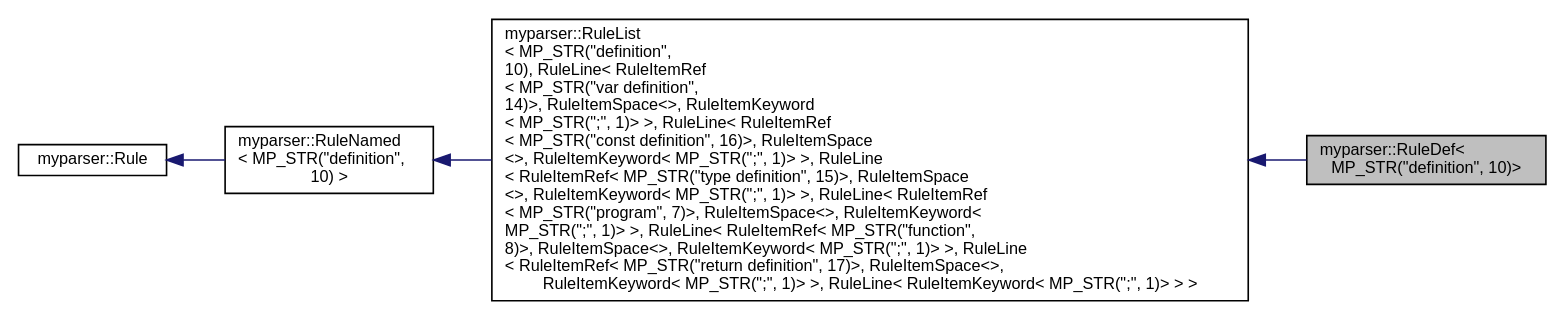
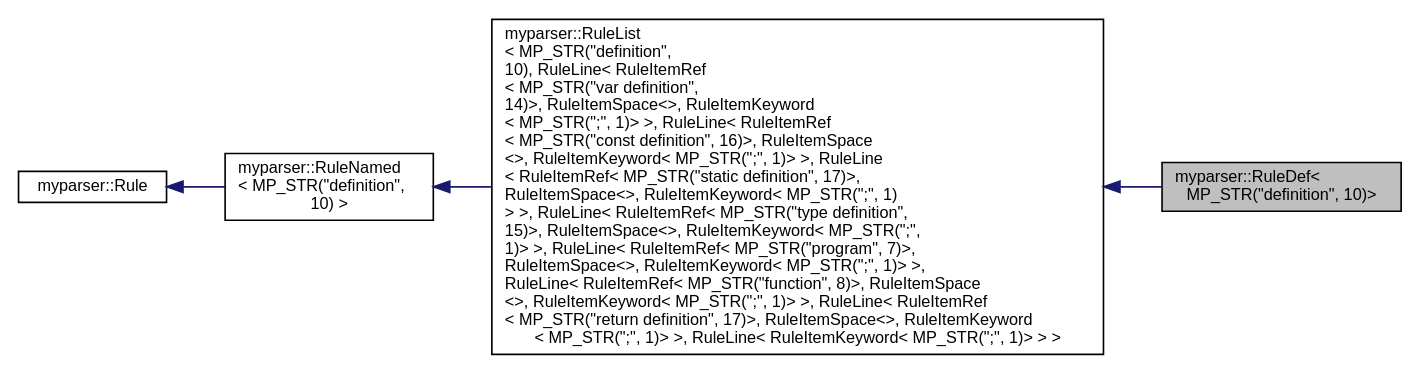
Before and after one commit to gaocegege/CompilerLab: the diagram in classmyparser_1_1RuleDef_3_01MP__STR_07"definition"_00_0110_08_4__coll__graph.dot, drawn with Graphviz. The commit also changed 675 other files, not shown here.

```diff
--- a/classmyparser_1_1RuleDef_3_01MP__STR_07"definition"_00_0110_08_4__coll__graph.dot
+++ b/classmyparser_1_1RuleDef_3_01MP__STR_07"definition"_00_0110_08_4__coll__graph.dot
@@ -1,13 +1,13 @@
 digraph "myparser::RuleDef&lt; MP_STR(&quot;definition&quot;, 10)&gt;"
 {
   edge [fontname="Helvetica",fontsize="10",labelfontname="Helvetica",labelfontsize="10"];
   node [fontname="Helvetica",fontsize="10",shape=record];
   rankdir="LR";
   Node1 [label="myparser::RuleDef\<\l MP_STR(\"definition\", 10)\>",height=0.2,width=0.4,color="black", fillcolor="grey75", style="filled" fontcolor="black"];
   Node2 -> Node1 [dir="back",color="midnightblue",fontsize="10",style="solid",fontname="Helvetica"];
-  Node2 [label="myparser::RuleList\l\< MP_STR(\"definition\",\l 10), RuleLine\< RuleItemRef\l\< MP_STR(\"var definition\",\l 14)\>, RuleItemSpace\<\>, RuleItemKeyword\l\< MP_STR(\";\", 1)\> \>, RuleLine\< RuleItemRef\l\< MP_STR(\"const definition\", 16)\>, RuleItemSpace\l\<\>, RuleItemKeyword\< MP_STR(\";\", 1)\> \>, RuleLine\l\< RuleItemRef\< MP_STR(\"type definition\", 15)\>, RuleItemSpace\l\<\>, RuleItemKeyword\< MP_STR(\";\", 1)\> \>, RuleLine\< RuleItemRef\l\< MP_STR(\"program\", 7)\>, RuleItemSpace\<\>, RuleItemKeyword\<\l MP_STR(\";\", 1)\> \>, RuleLine\< RuleItemRef\< MP_STR(\"function\",\l 8)\>, RuleItemSpace\<\>, RuleItemKeyword\< MP_STR(\";\", 1)\> \>, RuleLine\l\< RuleItemRef\< MP_STR(\"return definition\", 17)\>, RuleItemSpace\<\>,\l RuleItemKeyword\< MP_STR(\";\", 1)\> \>, RuleLine\< RuleItemKeyword\< MP_STR(\";\", 1)\> \> \>",height=0.2,width=0.4,color="black", fillcolor="white", style="filled",URL="$classmyparser_1_1RuleList.html"];
+  Node2 [label="myparser::RuleList\l\< MP_STR(\"definition\",\l 10), RuleLine\< RuleItemRef\l\< MP_STR(\"var definition\",\l 14)\>, RuleItemSpace\<\>, RuleItemKeyword\l\< MP_STR(\";\", 1)\> \>, RuleLine\< RuleItemRef\l\< MP_STR(\"const definition\", 16)\>, RuleItemSpace\l\<\>, RuleItemKeyword\< MP_STR(\";\", 1)\> \>, RuleLine\l\< RuleItemRef\< MP_STR(\"static definition\", 17)\>,\l RuleItemSpace\<\>, RuleItemKeyword\< MP_STR(\";\", 1)\l\> \>, RuleLine\< RuleItemRef\< MP_STR(\"type definition\",\l 15)\>, RuleItemSpace\<\>, RuleItemKeyword\< MP_STR(\";\",\l 1)\> \>, RuleLine\< RuleItemRef\< MP_STR(\"program\", 7)\>,\l RuleItemSpace\<\>, RuleItemKeyword\< MP_STR(\";\", 1)\> \>,\l RuleLine\< RuleItemRef\< MP_STR(\"function\", 8)\>, RuleItemSpace\l\<\>, RuleItemKeyword\< MP_STR(\";\", 1)\> \>, RuleLine\< RuleItemRef\l\< MP_STR(\"return definition\", 17)\>, RuleItemSpace\<\>, RuleItemKeyword\l\< MP_STR(\";\", 1)\> \>, RuleLine\< RuleItemKeyword\< MP_STR(\";\", 1)\> \> \>",height=0.2,width=0.4,color="black", fillcolor="white", style="filled",URL="$classmyparser_1_1RuleList.html"];
   Node3 -> Node2 [dir="back",color="midnightblue",fontsize="10",style="solid",fontname="Helvetica"];
   Node3 [label="myparser::RuleNamed\l\< MP_STR(\"definition\",\l 10) \>",height=0.2,width=0.4,color="black", fillcolor="white", style="filled",URL="$classmyparser_1_1RuleNamed.html"];
   Node4 -> Node3 [dir="back",color="midnightblue",fontsize="10",style="solid",fontname="Helvetica"];
   Node4 [label="myparser::Rule",height=0.2,width=0.4,color="black", fillcolor="white", style="filled",URL="$classmyparser_1_1Rule.html"];
 }
```
